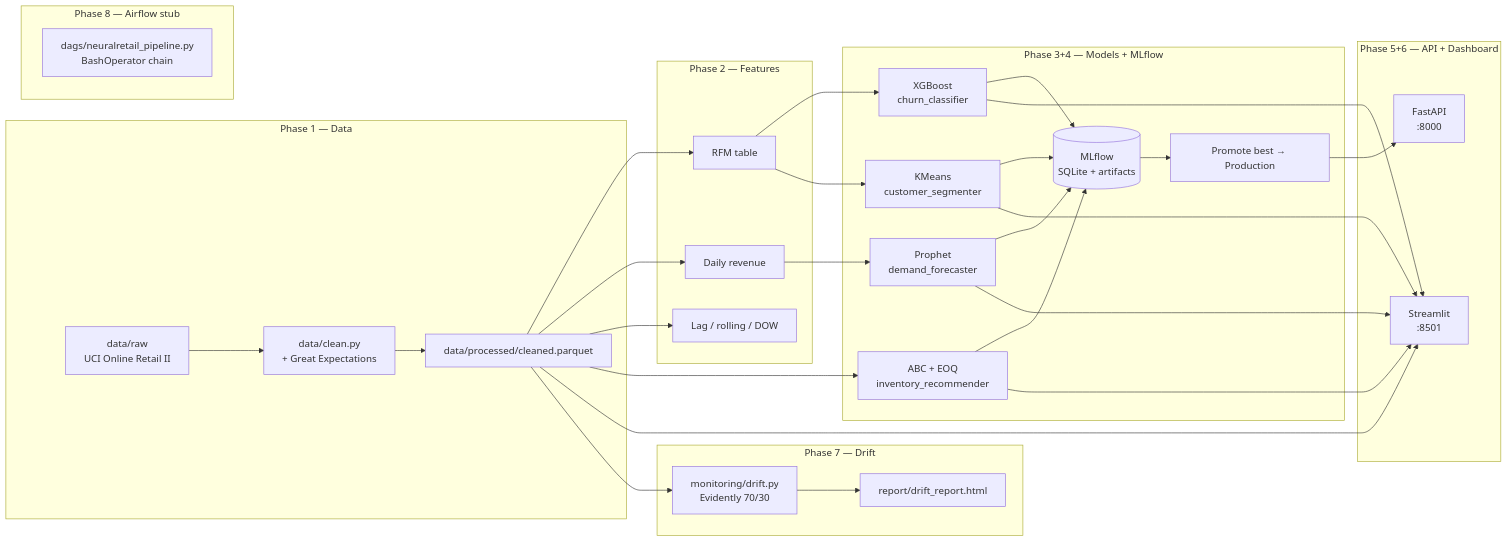
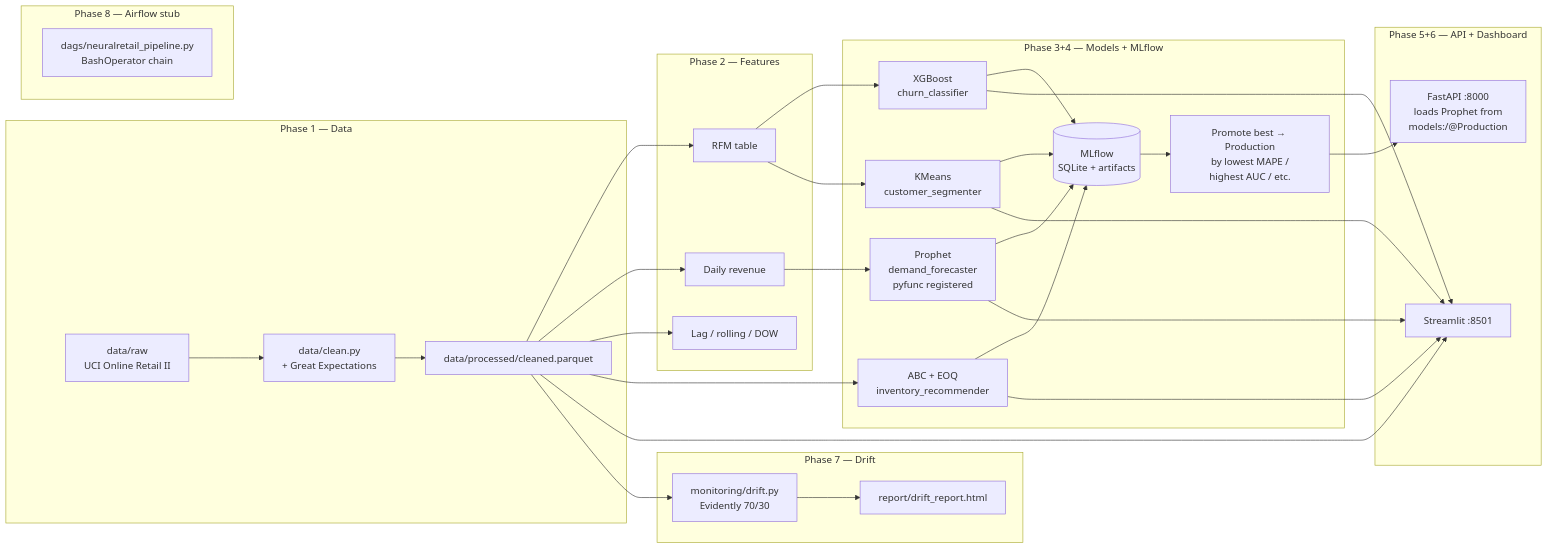
The diagram in README.md (Muthu2405/NueralRetail), drawn with Mermaid before and after one commit. The commit also changed other lines of this file, not shown here.

````diff
--- a/README.md
+++ b/README.md
@@ -76,36 +99,36 @@
 ```mermaid
 flowchart LR
     subgraph ingest [Phase 1 — Data]
         RAW[data/raw<br/>UCI Online Retail II] --> CLEAN[data/clean.py<br/>+ Great Expectations]
         CLEAN --> PARQUET[data/processed/cleaned.parquet]
     end
 
     subgraph features [Phase 2 — Features]
         PARQUET --> RFM[RFM table]
         PARQUET --> DAILY[Daily revenue]
         PARQUET --> TS[Lag / rolling / DOW]
     end
 
     subgraph train [Phase 3+4 — Models + MLflow]
-        DAILY --> PROPHET[Prophet<br/>demand_forecaster]
+        DAILY --> PROPHET[Prophet<br/>demand_forecaster<br/>pyfunc registered]
         RFM --> XGB[XGBoost<br/>churn_classifier]
         RFM --> KMEANS[KMeans<br/>customer_segmenter]
         PARQUET --> ABC[ABC + EOQ<br/>inventory_recommender]
         PROPHET & XGB & KMEANS & ABC --> MLFLOW[(MLflow<br/>SQLite + artifacts)]
-        MLFLOW --> PROMOTE[Promote best → Production]
+        MLFLOW --> PROMOTE[Promote best → Production<br/>by lowest MAPE /<br/>highest AUC / etc.]
     end
 
     subgraph serve [Phase 5+6 — API + Dashboard]
-        PROMOTE --> API[FastAPI<br/>:8000]
-        PARQUET & PROPHET & XGB & KMEANS & ABC --> DASH[Streamlit<br/>:8501]
+        PROMOTE --> API[FastAPI :8000<br/>loads Prophet from<br/>models:/@Production]
+        PARQUET & PROPHET & XGB & KMEANS & ABC --> DASH[Streamlit :8501]
     end
 
     subgraph monitor [Phase 7 — Drift]
         PARQUET --> DRIFT[monitoring/drift.py<br/>Evidently 70/30]
         DRIFT --> REPORT[report/drift_report.html]
     end
 
     subgraph orchestrate [Phase 8 — Airflow stub]
         AIRFLOW[dags/neuralretail_pipeline.py<br/>BashOperator chain]
     end
 ```
````
